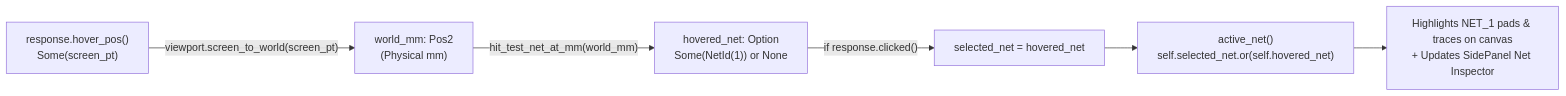
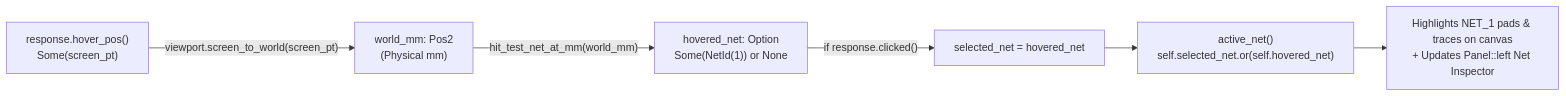
One commit to domesticmouse/learn-egui changed the diagram in lessons/0006-hit-testing-and-net-cross-probing.md. Above: the diagram before and after it, drawn with Mermaid. The commit also changed other lines of this file and 191 other files, not shown here.

````diff
--- a/lessons/0006-hit-testing-and-net-cross-probing.md
+++ b/lessons/0006-hit-testing-and-net-cross-probing.md
@@ -20,8 +20,8 @@
 ```mermaid
 flowchart LR
     Hover["response.hover_pos()<br/>Some(screen_pt)"] -->|"viewport.screen_to_world(screen_pt)"| World["world_mm: Pos2<br/>(Physical mm)"]
     World -->|"hit_test_net_at_mm(world_mm)"| Hit["hovered_net: Option<NetId><br/>Some(NetId(1)) or None"]
     Hit -->|"if response.clicked()"| Sel["selected_net = hovered_net"]
     Sel --> Active["active_net()<br/>self.selected_net.or(self.hovered_net)"]
-    Active --> Highlight["Highlights NET_1 pads & traces on canvas<br/>+ Updates SidePanel Net Inspector"]
+    Active --> Highlight["Highlights NET_1 pads & traces on canvas<br/>+ Updates Panel::left Net Inspector"]
 ```
````
